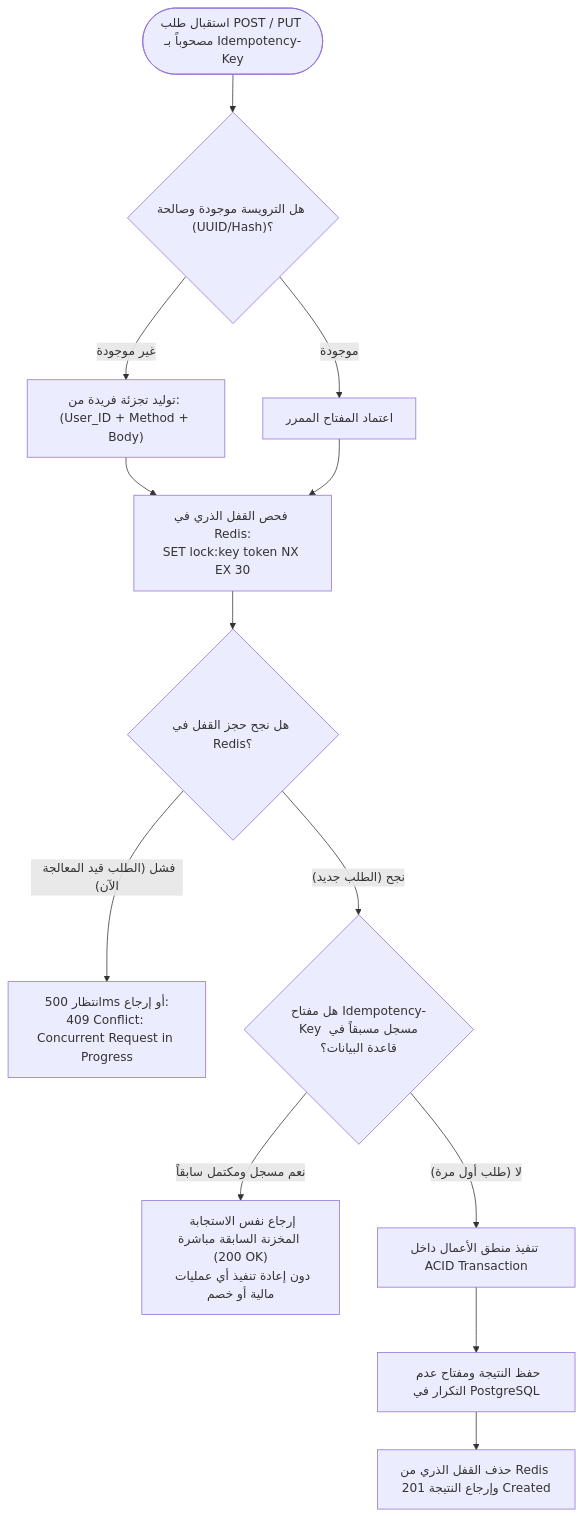
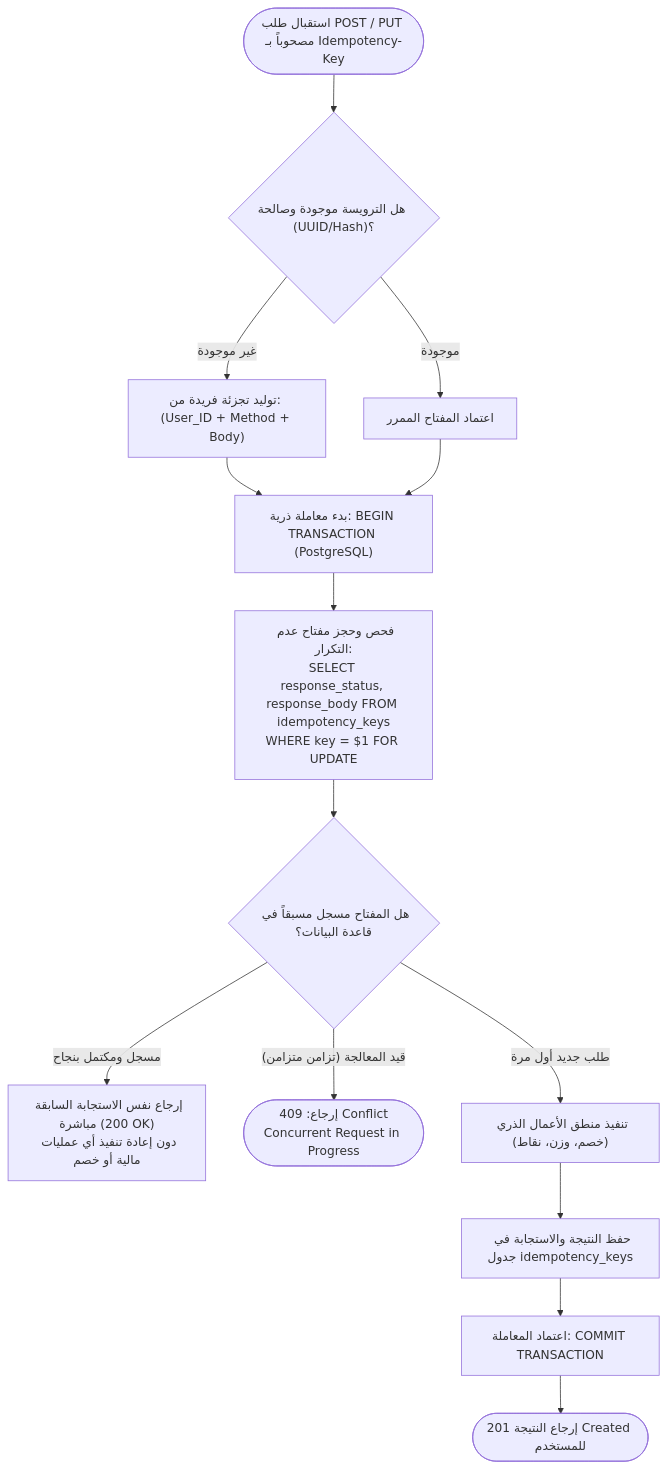
Before and after one commit to A-S-Y/Athar: the third of 3 diagrams in docs/03-flows-and-logic/business-logic.md, drawn with Mermaid. The commit also changed other lines of this file and 9 other files, not shown here.

````diff
--- a/docs/03-flows-and-logic/business-logic.md
+++ b/docs/03-flows-and-logic/business-logic.md
@@ -72,22 +65,23 @@
 ```mermaid
 flowchart TD
     ReqIn(["استقبال طلب POST / PUT مصحوباً بـ Idempotency-Key"]) --> CheckHeader{"هل الترويسة موجودة وصالحة (UUID/Hash)؟"}
     
     CheckHeader -- "غير موجودة" --> GenHash["توليد تجزئة فريدة من: (User_ID + Method + Body)"]
     CheckHeader -- "موجودة" --> UseKey["اعتماد المفتاح الممرر"]
     
-    GenHash --> RedisCheck
-    UseKey --> RedisCheck
+    GenHash --> BeginTx
+    UseKey --> BeginTx
     
-    RedisCheck["فحص القفل الذري في Redis:<br/>SET lock:key token NX EX 30"] --> IsLocked{"هل نجح حجز القفل في Redis؟"}
+    BeginTx["بدء معاملة ذرية: BEGIN TRANSACTION (PostgreSQL)"] --> LockRow["فحص وحجز مفتاح عدم التكرار:<br/>SELECT response_status, response_body FROM idempotency_keys<br/>WHERE key = $1 FOR UPDATE"]
     
-    IsLocked -- "فشل (الطلب قيد المعالجة الآن)" --> WaitResponse["انتظار 500ms أو إرجاع:<br/>409 Conflict: Concurrent Request in Progress"]
+    LockRow --> CheckStatus{"هل المفتاح مسجل مسبقاً في قاعدة البيانات؟"}
     
-    IsLocked -- "نجح (الطلب جديد)" --> CheckDB{"هل مفتاح Idempotency-Key مسجل مسبقاً في قاعدة البيانات؟"}
+    CheckStatus -- "مسجل ومكتمل بنجاح" --> ReturnCached["إرجاع نفس الاستجابة السابقة مباشرة (200 OK)<br/>دون إعادة تنفيذ أي عمليات مالية أو خصم"]
     
-    CheckDB -- "نعم مسجل ومكتمل سابقاً" --> ReturnCached["إرجاع نفس الاستجابة المخزنة السابقة مباشرة (200 OK)<br/>دون إعادة تنفيذ أي عمليات مالية أو خصم"]
+    CheckStatus -- "قيد المعالجة (تزامن متزامن)" --> Return409(["إرجاع: 409 Conflict<br/>Concurrent Request in Progress"])
     
-    CheckDB -- "لا (طلب أول مرة)" --> ExecuteBusiness["تنفيذ منطق الأعمال داخل ACID Transaction"]
-    ExecuteBusiness --> SaveResult["حفظ النتيجة ومفتاح عدم التكرار في PostgreSQL"]
-    SaveResult --> ReleaseLock["حذف القفل الذري من Redis وإرجاع النتيجة 201 Created"]
+    CheckStatus -- "طلب جديد أول مرة" --> ExecLogic["تنفيذ منطق الأعمال الذري (خصم، وزن، نقاط)"]
+    ExecLogic --> SaveResp["حفظ النتيجة والاستجابة في جدول idempotency_keys"]
+    SaveResp --> CommitTx["اعتماد المعاملة: COMMIT TRANSACTION"]
+    CommitTx --> Success201(["إرجاع النتيجة 201 Created للمستخدم"])
 ```
````
